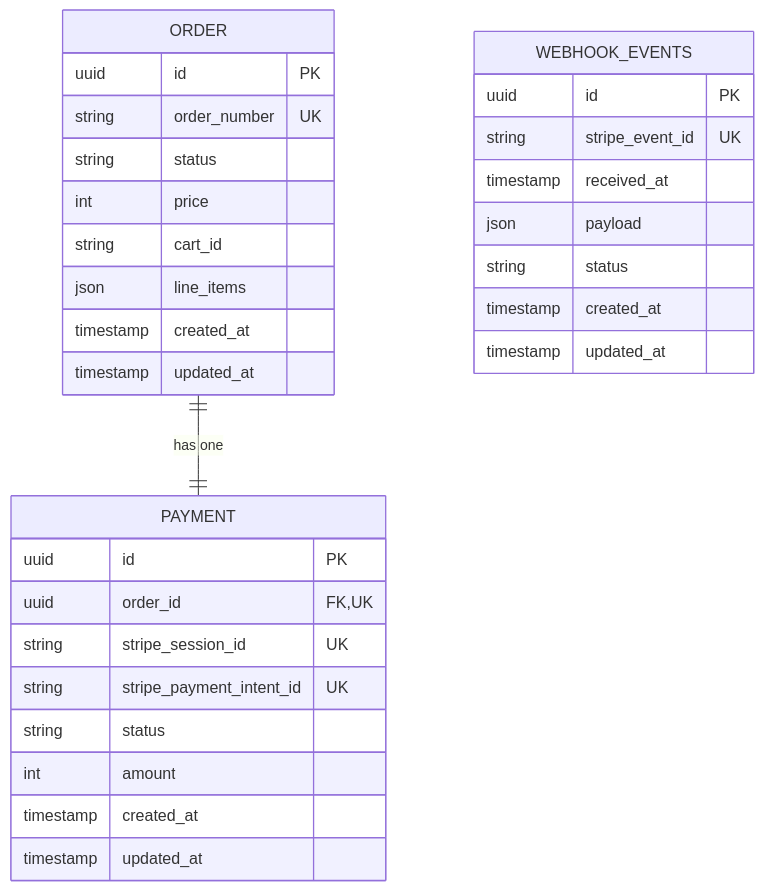
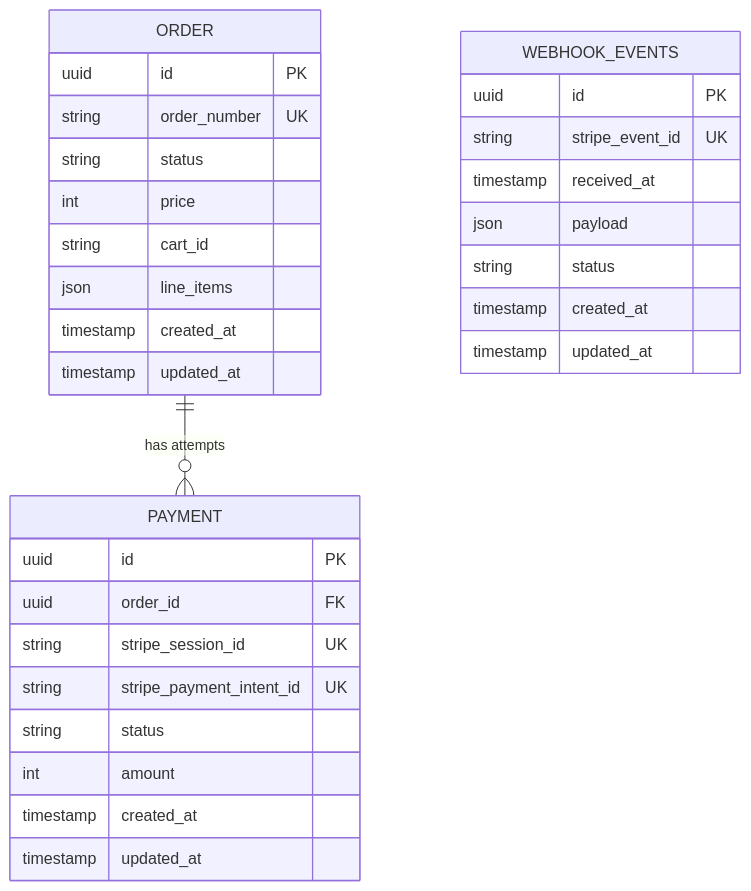
Before and after one commit to ianmarkdev/stripe-payment: the diagram in docs/data-model.md, drawn with Mermaid. The commit also changed other lines of this file and 5 other files, not shown here.

````diff
--- a/docs/data-model.md
+++ b/docs/data-model.md
@@ -4,36 +4,36 @@
 ```mermaid
 erDiagram
-    ORDER ||--|| PAYMENT : "has one"
+    ORDER ||--o{ PAYMENT : "has attempts"
 
     ORDER {
         uuid id PK
         string order_number UK
         string status
         int price
         string cart_id
         json line_items
         timestamp created_at
         timestamp updated_at
     }
 
     PAYMENT {
         uuid id PK
-        uuid order_id FK, UK
+        uuid order_id FK
         string stripe_session_id UK
         string stripe_payment_intent_id UK
         string status
         int amount
         timestamp created_at
         timestamp updated_at
     }
 
     WEBHOOK_EVENTS {
         uuid id PK
         string stripe_event_id UK
         timestamp received_at
         json payload
         string status
         timestamp created_at
         timestamp updated_at
     }
 ```
````
